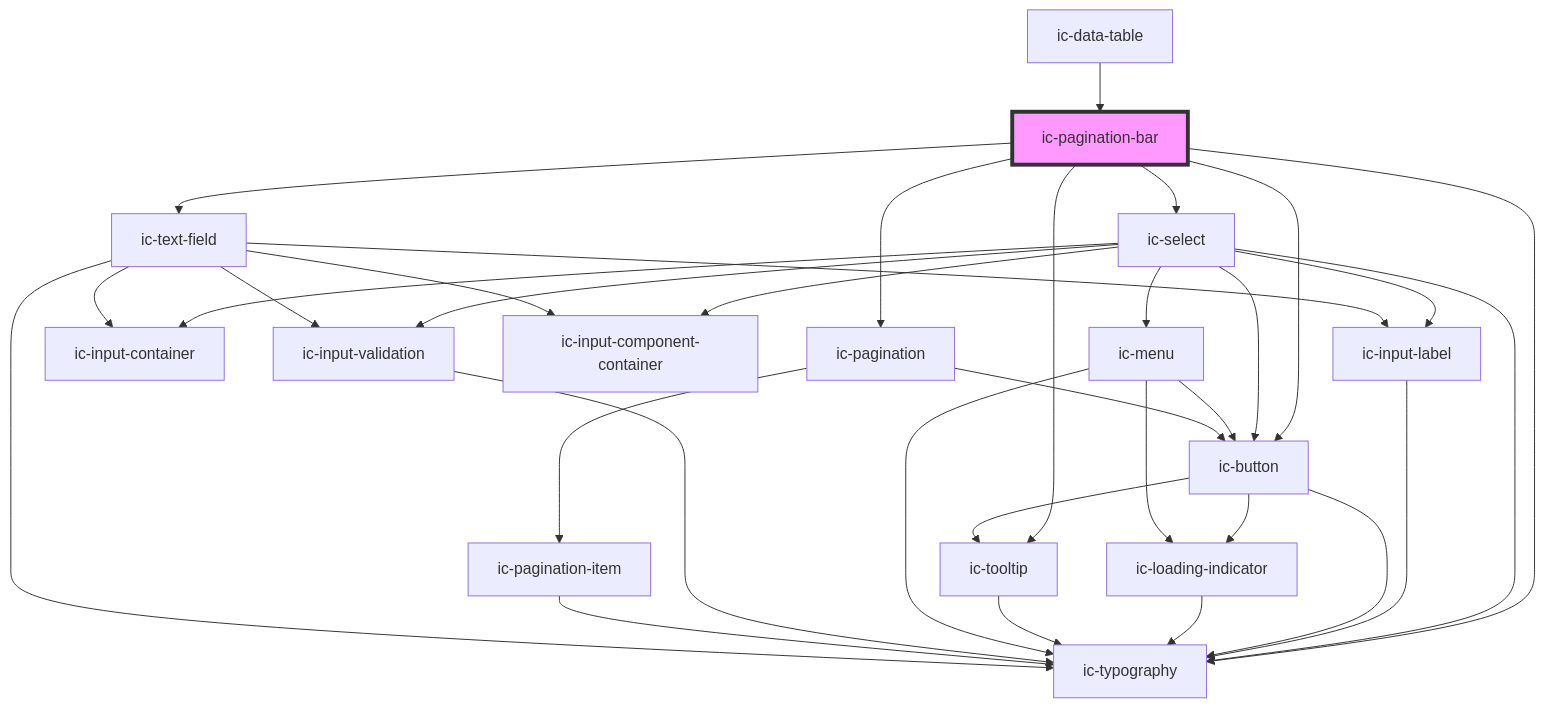
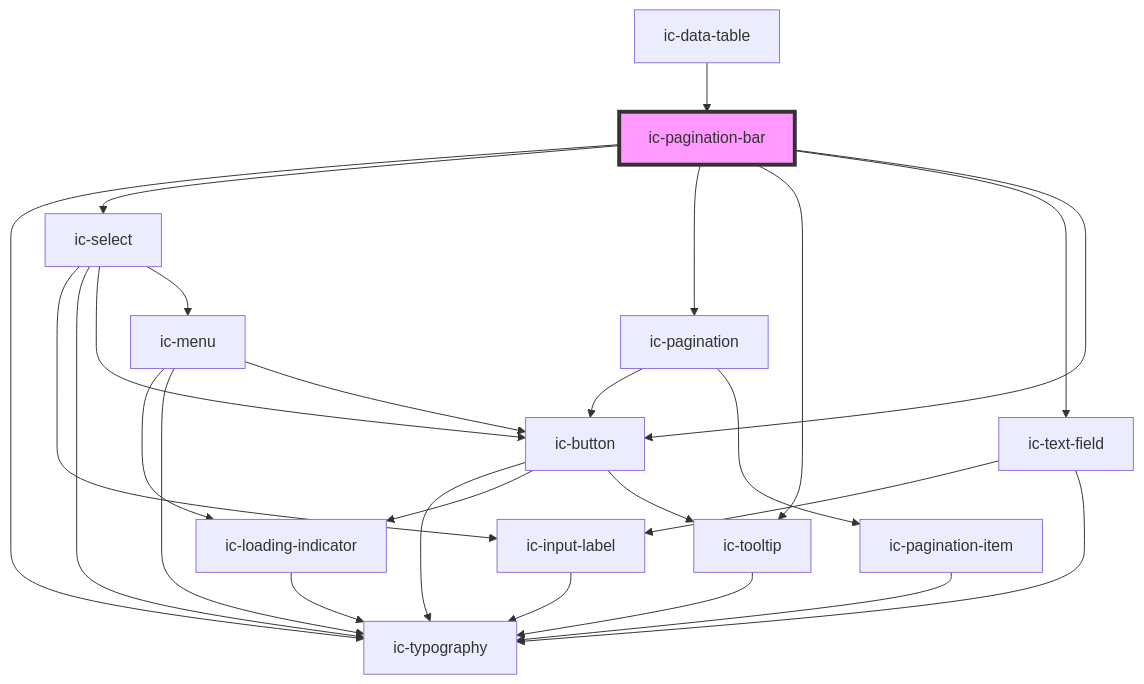
One commit to mi6/ic-ui-kit changed the diagram in packages/canary-web-components/src/components/ic-pagination-bar/readme.md. Above: the diagram before and after it, drawn with Mermaid. The commit also changed other lines of this file and 39 other files, not shown here.

````diff
--- a/packages/canary-web-components/src/components/ic-pagination-bar/readme.md
+++ b/packages/canary-web-components/src/components/ic-pagination-bar/readme.md
@@ -58,36 +58,29 @@
 ```mermaid
 graph TD;
   ic-pagination-bar --> ic-typography
   ic-pagination-bar --> ic-select
   ic-pagination-bar --> ic-pagination
   ic-pagination-bar --> ic-tooltip
   ic-pagination-bar --> ic-text-field
   ic-pagination-bar --> ic-button
-  ic-select --> ic-input-container
   ic-select --> ic-input-label
-  ic-select --> ic-input-component-container
   ic-select --> ic-typography
   ic-select --> ic-button
   ic-select --> ic-menu
-  ic-select --> ic-input-validation
   ic-input-label --> ic-typography
   ic-button --> ic-typography
   ic-button --> ic-loading-indicator
   ic-button --> ic-tooltip
   ic-loading-indicator --> ic-typography
   ic-tooltip --> ic-typography
   ic-menu --> ic-loading-indicator
   ic-menu --> ic-typography
   ic-menu --> ic-button
-  ic-input-validation --> ic-typography
   ic-pagination --> ic-button
   ic-pagination --> ic-pagination-item
   ic-pagination-item --> ic-typography
-  ic-text-field --> ic-input-container
   ic-text-field --> ic-input-label
-  ic-text-field --> ic-input-component-container
-  ic-text-field --> ic-input-validation
   ic-text-field --> ic-typography
   ic-data-table --> ic-pagination-bar
   style ic-pagination-bar fill:#f9f,stroke:#333,stroke-width:4px
 ```
````
